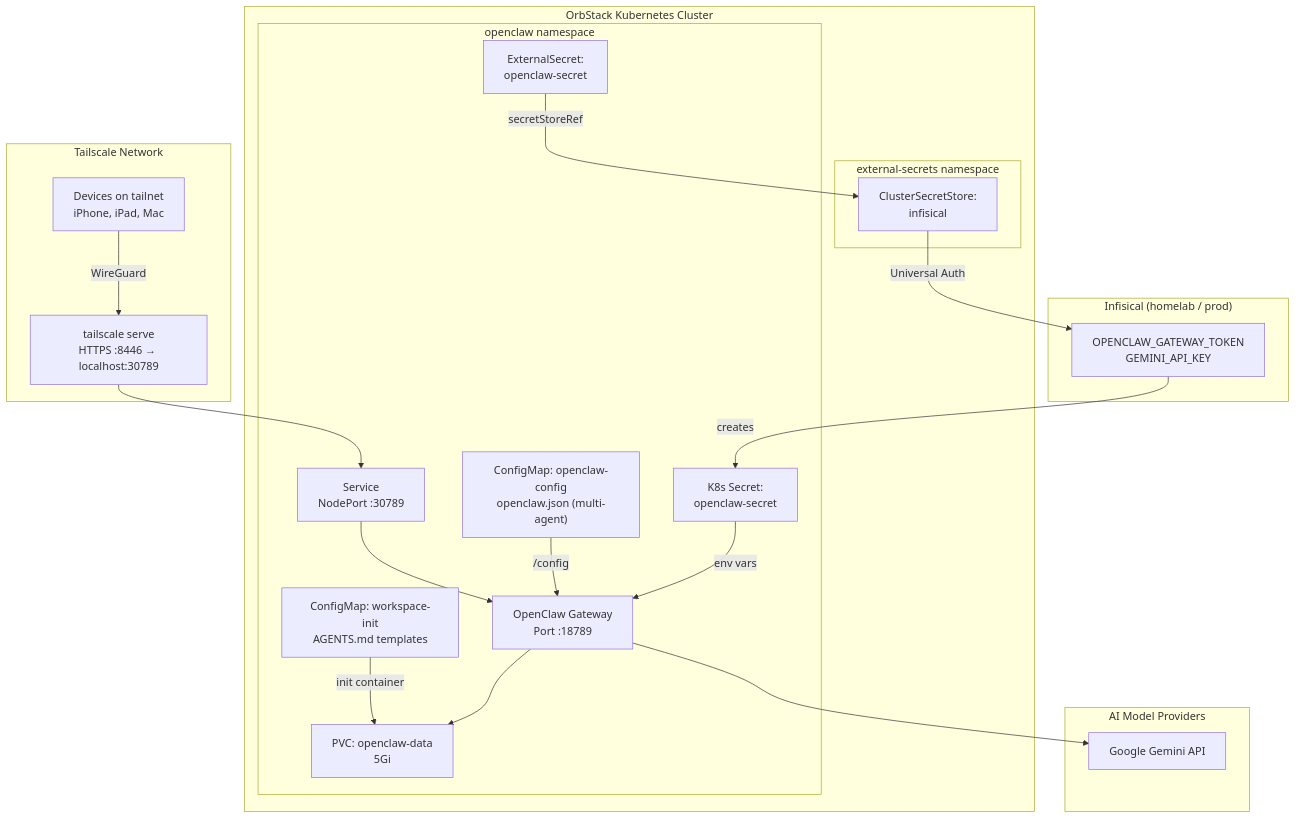
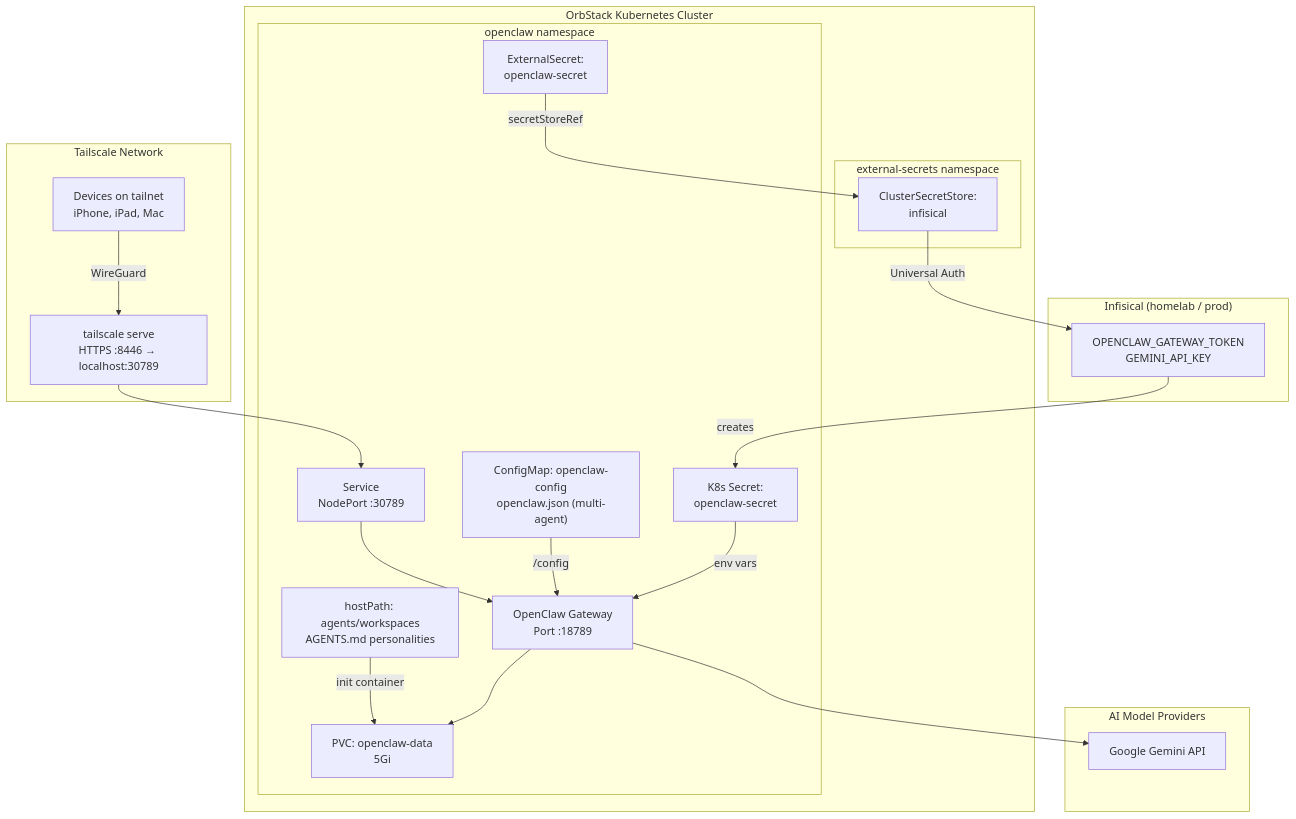
Before and after one commit to haingth77/homelab: the first of 4 diagrams in docs/openclaw.md, drawn with Mermaid. The commit also changed other lines of this file and 20 other files, not shown here.

````diff
--- a/docs/openclaw.md
+++ b/docs/openclaw.md
@@ -7,43 +7,43 @@
 ```mermaid
 flowchart TD
     subgraph tailnet["Tailscale Network"]
         Clients["Devices on tailnet\niPhone, iPad, Mac"]
         TServe["tailscale serve\nHTTPS :8446 → localhost:30789"]
     end
 
     subgraph orb["OrbStack Kubernetes Cluster"]
         subgraph openclawNs["openclaw namespace"]
             Svc["Service\nNodePort :30789"]
             Deploy["OpenClaw Gateway\nPort :18789"]
             CM["ConfigMap: openclaw-config\nopenclaw.json (multi-agent)"]
-            WSCM["ConfigMap: workspace-init\nAGENTS.md templates"]
+            WSHP["hostPath: agents/workspaces\nAGENTS.md personalities"]
             PVC["PVC: openclaw-data\n5Gi"]
             ES["ExternalSecret:\nopenclaw-secret"]
             K8sSecret["K8s Secret:\nopenclaw-secret"]
         end
 
         subgraph esoNs["external-secrets namespace"]
             CSS["ClusterSecretStore:\ninfisical"]
         end
     end
 
     subgraph infisical["Infisical (homelab / prod)"]
         InfisicalSecrets["OPENCLAW_GATEWAY_TOKEN\nGEMINI_API_KEY"]
     end
 
     subgraph providers["AI Model Providers"]
         Gemini["Google Gemini API"]
     end
 
     Clients -- "WireGuard" --> TServe
     TServe --> Svc
     Svc --> Deploy
     CM -- "/config" --> Deploy
-    WSCM -- "init container" --> PVC
+            WSHP -- "init container" --> PVC
     Deploy --> PVC
     ES -- "secretStoreRef" --> CSS
     CSS -- "Universal Auth" --> InfisicalSecrets
     InfisicalSecrets -- "creates" --> K8sSecret
     K8sSecret -- "env vars" --> Deploy
     Deploy --> Gemini
 ```
````
